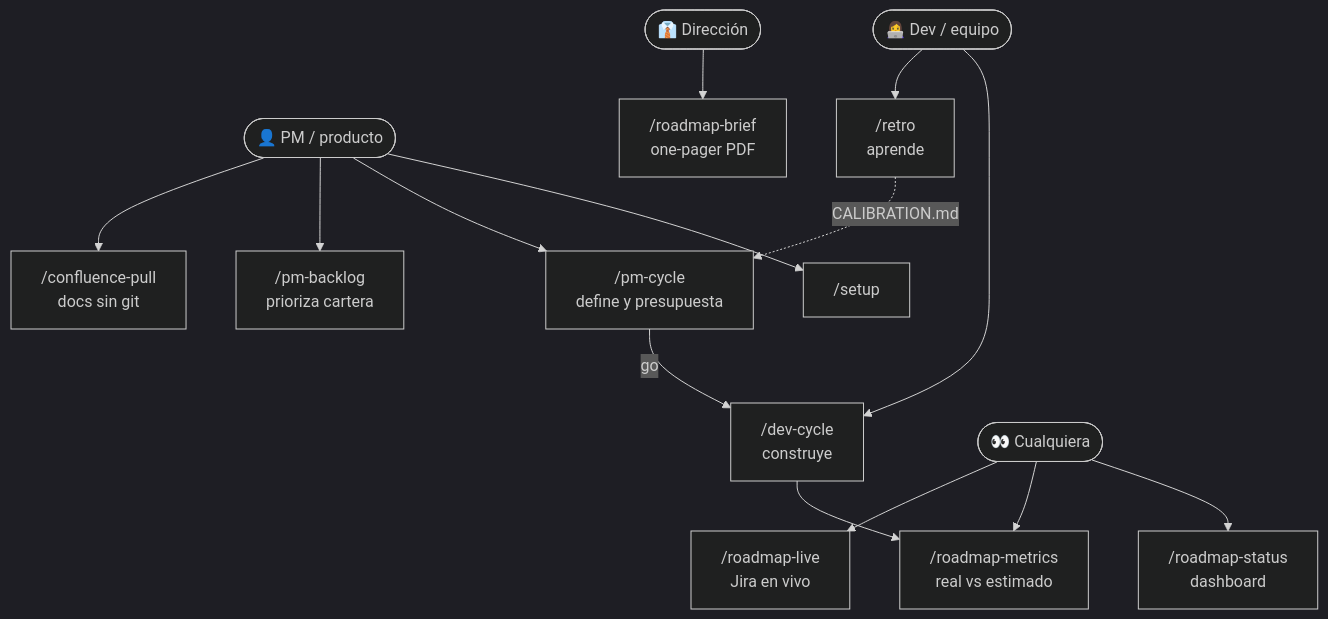
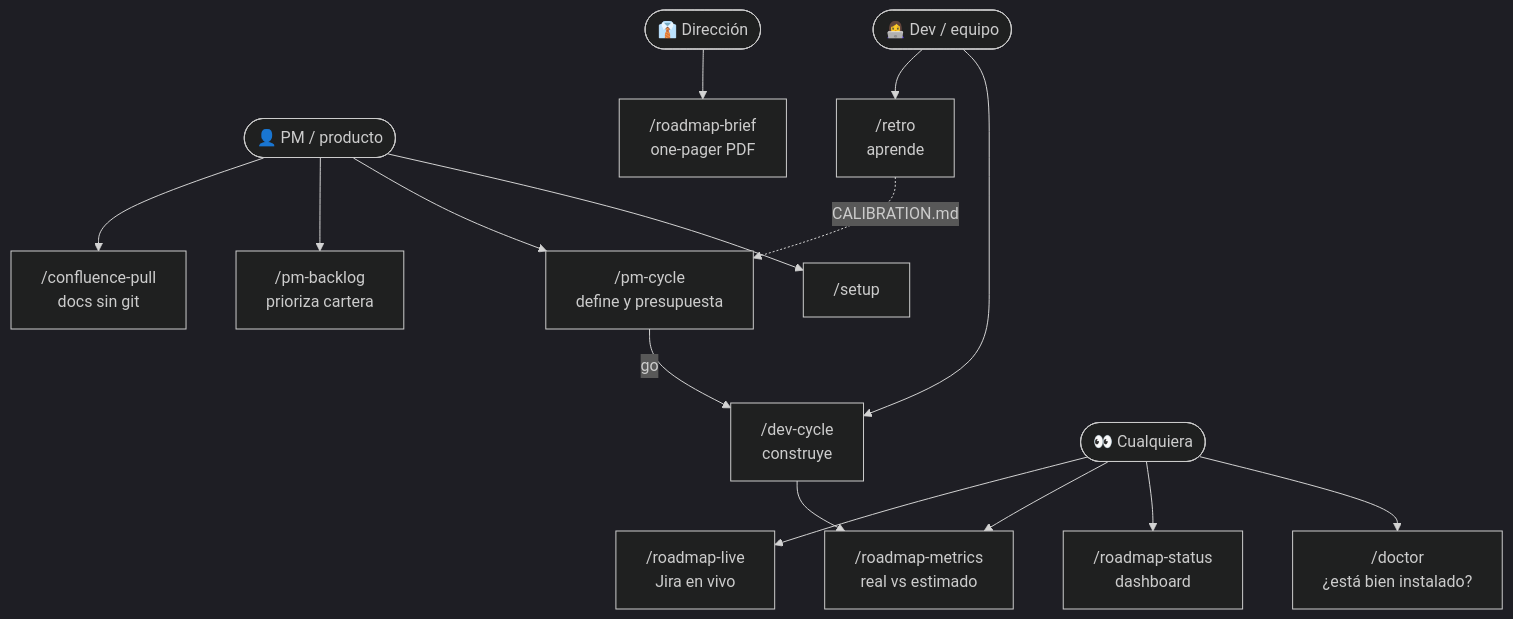
Before and after one commit to daycry/custom-agents: the first of 12 diagrams in docs/FLOWS.md, drawn with Mermaid (dark theme). The commit also changed other lines of this file and 215 other files, not shown here.

````diff
--- a/docs/FLOWS.md
+++ b/docs/FLOWS.md
@@ -12,16 +12,17 @@
 ```mermaid
 flowchart TD
     PM(["👤 PM / producto"]) --> S0["/setup"]
     PM --> P1["/pm-cycle<br/>define y presupuesta"]
     PM --> P2["/pm-backlog<br/>prioriza cartera"]
     PM --> P3["/confluence-pull<br/>docs sin git"]
     DEV(["👩‍💻 Dev / equipo"]) --> D1["/dev-cycle<br/>construye"]
     DEV --> D2["/retro<br/>aprende"]
     DIR(["👔 Dirección"]) --> V1["/roadmap-brief<br/>one-pager PDF"]
-    TODOS(["👀 Cualquiera"]) --> V2["/roadmap-status<br/>dashboard"]
+    TODOS(["👀 Cualquiera"]) --> V0["/doctor<br/>¿está bien instalado?"]
+    TODOS --> V2["/roadmap-status<br/>dashboard"]
     TODOS --> V3["/roadmap-metrics<br/>real vs estimado"]
     TODOS --> V4["/roadmap-live<br/>Jira en vivo"]
     P1 -->|go| D1
     D1 --> V3
     D2 -.->|CALIBRATION.md| P1
 ```
````
